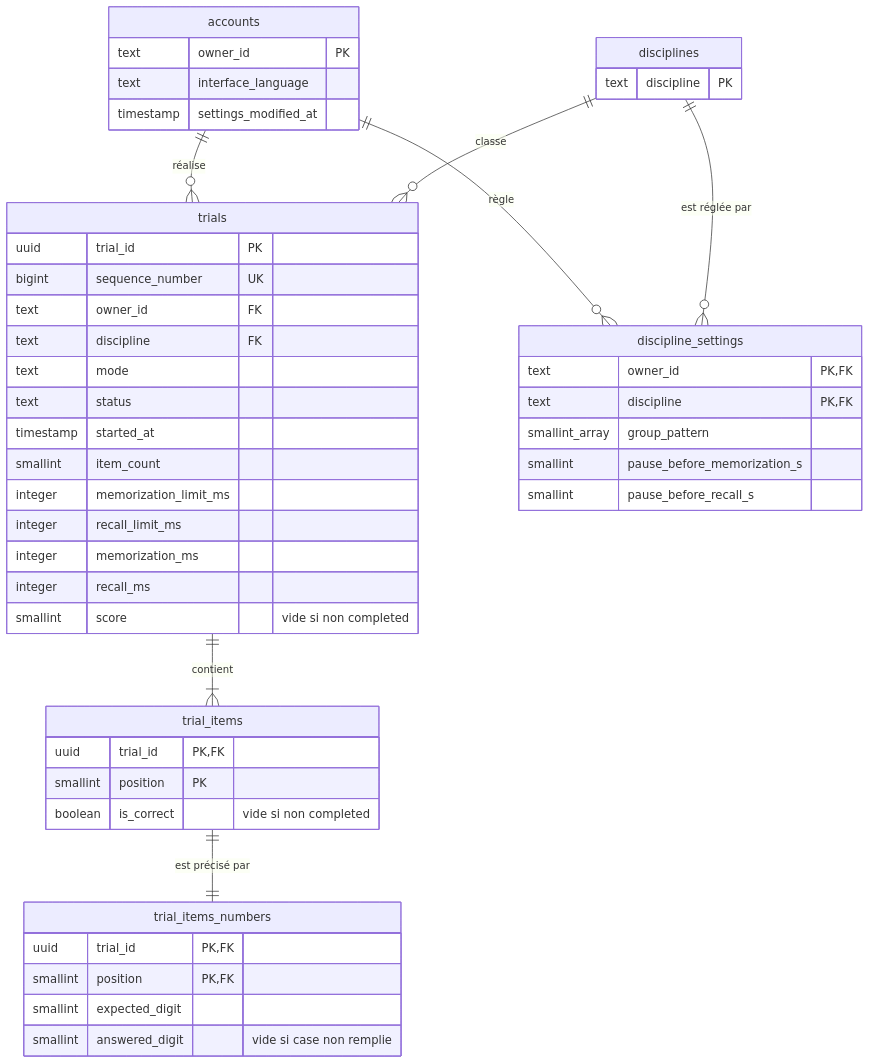
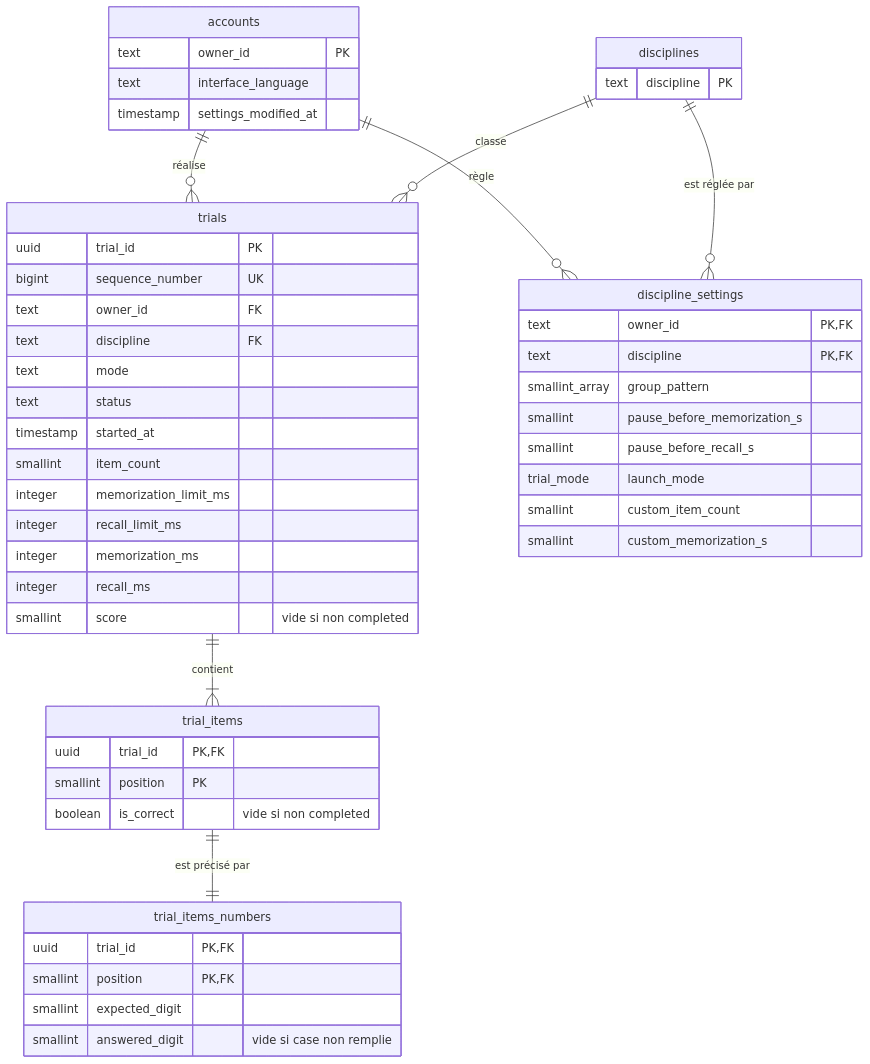
One commit to gabrielluthun/memory-trainer changed the diagram in docs/04-specifications/bdd/mld.md. Above: the diagram before and after it, drawn with Mermaid. The commit also changed other lines of this file, not shown here.

Commit message:
docs(specs): add last launch settings to the logical model

````diff
--- a/docs/04-specifications/bdd/mld.md
+++ b/docs/04-specifications/bdd/mld.md
@@ -27,51 +27,54 @@
 ```mermaid
 erDiagram
     accounts ||--o{ trials : "réalise"
     disciplines ||--o{ trials : "classe"
     trials ||--|{ trial_items : "contient"
     trial_items ||--|| trial_items_numbers : "est précisé par"
     accounts ||--o{ discipline_settings : "règle"
     disciplines ||--o{ discipline_settings : "est réglée par"
 
     accounts {
         text owner_id PK
         text interface_language
         timestamp settings_modified_at
     }
     disciplines {
         text discipline PK
     }
     trials {
         uuid trial_id PK
         bigint sequence_number UK
         text owner_id FK
         text discipline FK
         text mode
         text status
         timestamp started_at
         smallint item_count
         integer memorization_limit_ms
         integer recall_limit_ms
         integer memorization_ms
         integer recall_ms
         smallint score "vide si non completed"
     }
     trial_items {
         uuid trial_id PK, FK
         smallint position PK
         boolean is_correct "vide si non completed"
     }
     trial_items_numbers {
         uuid trial_id PK, FK
         smallint position PK, FK
         smallint expected_digit
         smallint answered_digit "vide si case non remplie"
     }
     discipline_settings {
         text owner_id PK, FK
         text discipline PK, FK
         smallint_array group_pattern
         smallint pause_before_memorization_s
         smallint pause_before_recall_s
+        trial_mode launch_mode
+        smallint custom_item_count
+        smallint custom_memorization_s
     }
 ```
````
